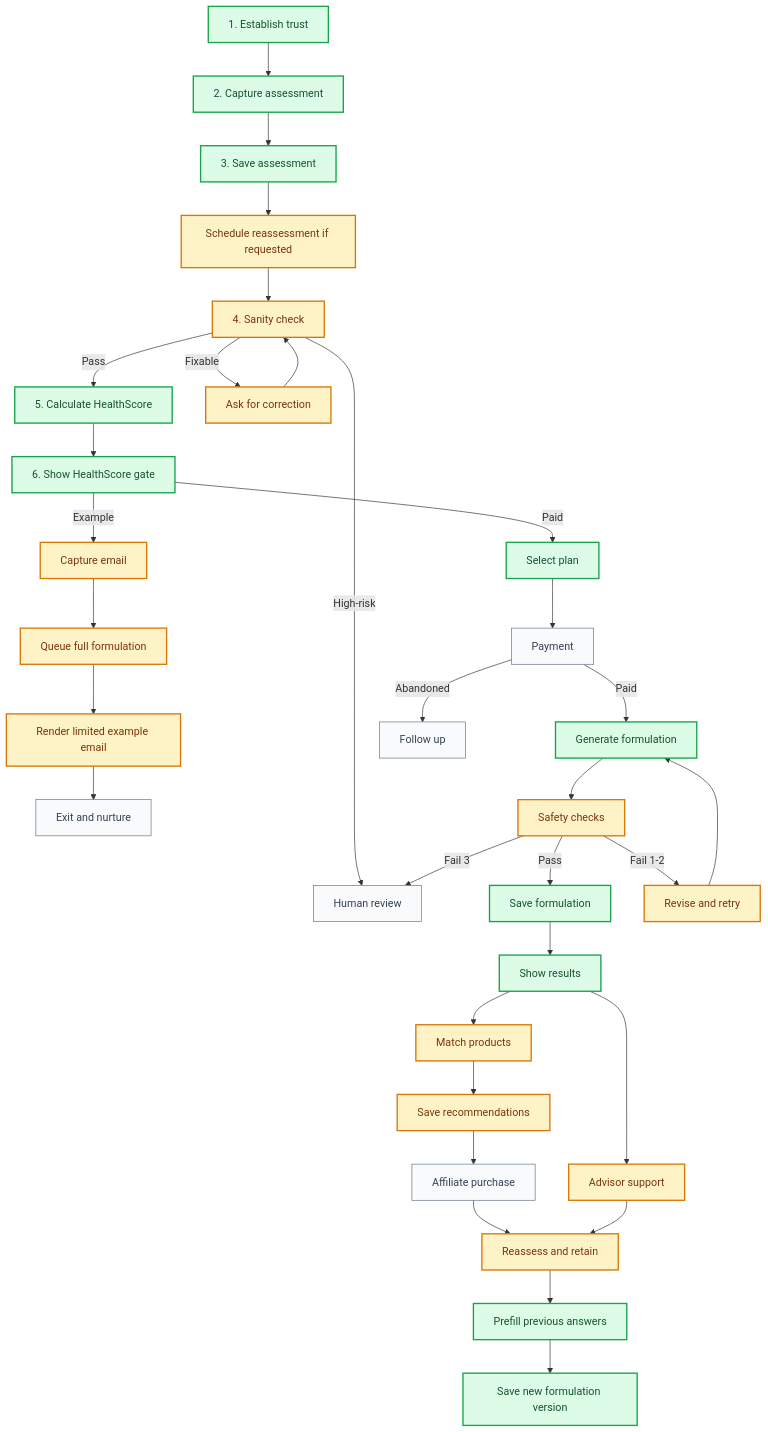
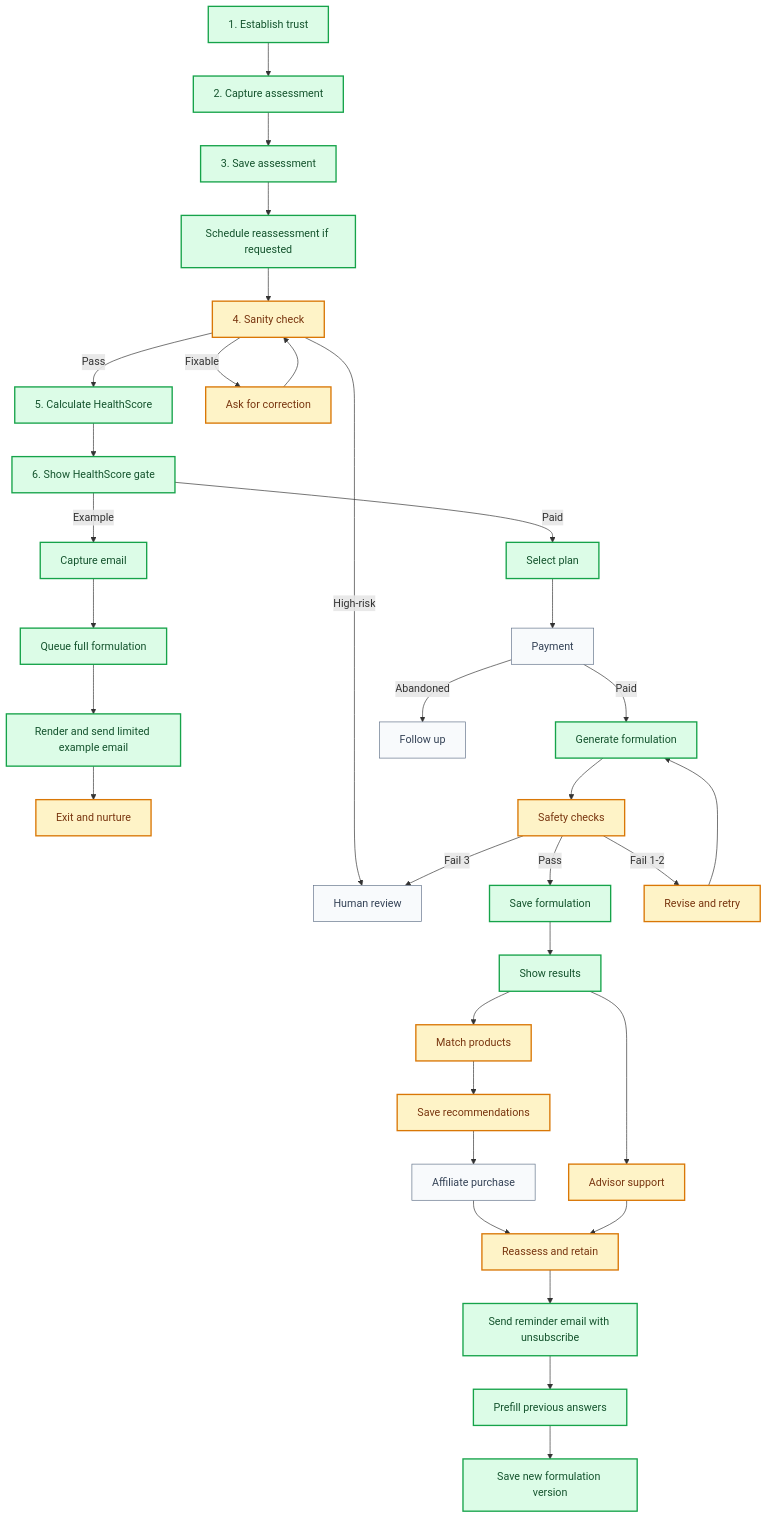
The second of 3 diagrams in docs/business-process-roadmap.md (ni33les/healthspan-ui), drawn with Mermaid before and after one commit. The commit also changed other lines of this file and 3 other files, not shown here.

````diff
--- a/docs/business-process-roadmap.md
+++ b/docs/business-process-roadmap.md
@@ -101,42 +102,43 @@
 ```mermaid
 flowchart TB
   G1["1. Establish trust"] --> G2["2. Capture assessment"]
   G2 --> G3["3. Save assessment"]
   G3 --> G3A["Schedule reassessment if requested"]
   G3A --> G4["4. Sanity check"]
   G4 -->|Pass| G5["5. Calculate HealthScore"]
   G4 -->|Fixable| G6["Ask for correction"]
   G4 -->|High-risk| G7["Human review"]
   G6 --> G4
   G5 --> G8["6. Show HealthScore gate"]
   G8 -->|Example| G9["Capture email"]
   G9 --> G10["Queue full formulation"]
-  G10 --> G11["Render limited example email"]
+  G10 --> G11["Render and send limited example email"]
   G11 --> G12["Exit and nurture"]
   G8 -->|Paid| G13["Select plan"]
   G13 --> G14["Payment"]
   G14 -->|Paid| G15["Generate formulation"]
   G14 -->|Abandoned| G16["Follow up"]
   G15 --> G17["Safety checks"]
   G17 -->|Pass| G18["Save formulation"]
   G17 -->|Fail 1-2| G19["Revise and retry"]
   G19 --> G15
   G17 -->|Fail 3| G7
   G18 --> G20["Show results"]
   G20 --> G21["Match products"]
   G21 --> G22["Save recommendations"]
   G22 --> G23["Affiliate purchase"]
   G20 --> G24["Advisor support"]
   G23 --> G25["Reassess and retain"]
   G24 --> G25
-  G25 --> G26["Prefill previous answers"]
+  G25 --> G25A["Send reminder email with unsubscribe"]
+  G25A --> G26["Prefill previous answers"]
   G26 --> G27["Save new formulation version"]
 
   classDef done fill:#dcfce7,stroke:#16a34a,color:#14532d,stroke-width:2px;
   classDef progress fill:#fef3c7,stroke:#d97706,color:#78350f,stroke-width:2px;
   classDef pending fill:#f8fafc,stroke:#64748b,color:#334155,stroke-width:1px;
 
-  class G1,G2,G3,G5,G8,G13,G15,G18,G20,G26,G27 done;
-  class G3A,G4,G6,G9,G10,G11,G17,G19,G21,G22,G24,G25 progress;
-  class G7,G12,G14,G16,G23 pending;
+  class G1,G2,G3,G3A,G5,G8,G9,G10,G11,G13,G15,G18,G20,G25A,G26,G27 done;
+  class G4,G6,G12,G17,G19,G21,G22,G24,G25 progress;
+  class G7,G14,G16,G23 pending;
 ```
````
